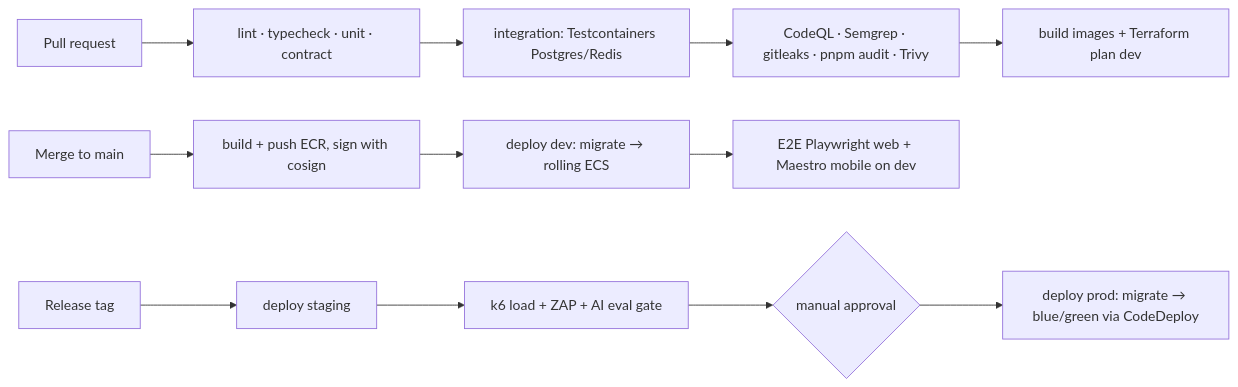
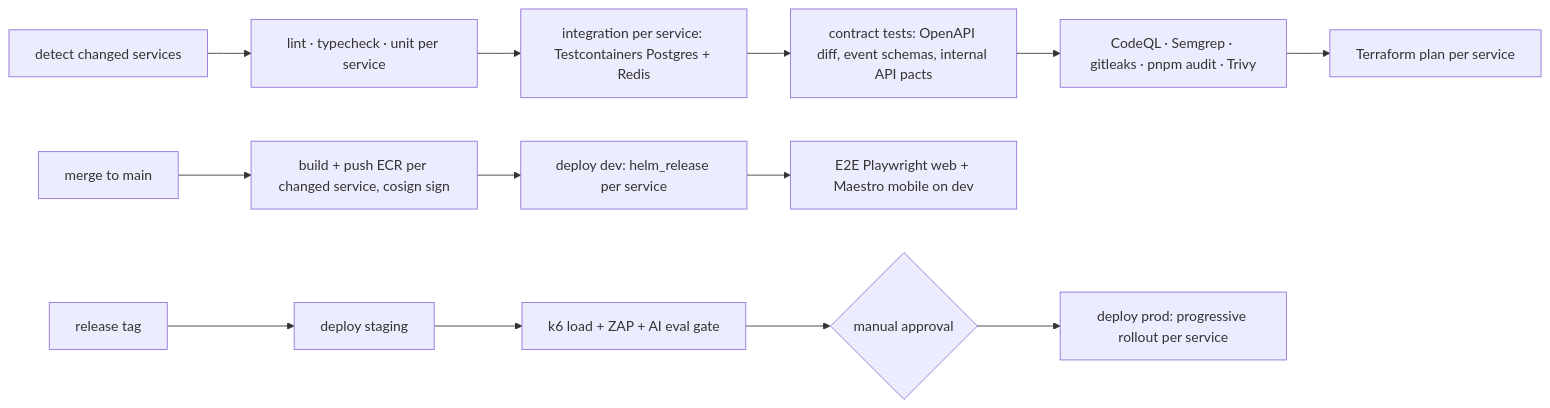
The second of 2 diagrams in docs/architecture/deployment-architecture.md (master-node1/theauracoach), drawn with Mermaid before and after one commit. The commit also changed other lines of this file and 37 other files, not shown here.

````diff
--- a/docs/architecture/deployment-architecture.md
+++ b/docs/architecture/deployment-architecture.md
@@ -46,13 +64,14 @@
 ```mermaid
 flowchart LR
-  pr[Pull request] --> q[lint · typecheck · unit · contract]
-  q --> it[integration: Testcontainers Postgres/Redis]
-  it --> sec[CodeQL · Semgrep · gitleaks · pnpm audit · Trivy]
-  sec --> prev[build images + Terraform plan dev]
-  main[Merge to main] --> bd[build + push ECR, sign with cosign]
-  bd --> dd[deploy dev: migrate → rolling ECS]
+  ch[detect changed services] --> q[lint · typecheck · unit per service]
+  q --> it[integration per service: Testcontainers Postgres + Redis]
+  it --> ct[contract tests: OpenAPI diff, event schemas, internal API pacts]
+  ct --> sec[CodeQL · Semgrep · gitleaks · pnpm audit · Trivy]
+  sec --> plan[Terraform plan per service]
+  main[merge to main] --> bp[build + push ECR per changed service, cosign sign]
+  bp --> dd[deploy dev: helm_release per service]
   dd --> e2e[E2E Playwright web + Maestro mobile on dev]
-  tag[Release tag] --> st[deploy staging] --> ld[k6 load + ZAP + AI eval gate]
+  tag[release tag] --> st[deploy staging] --> ld[k6 load + ZAP + AI eval gate]
   ld --> appr{manual approval}
-  appr --> pd[deploy prod: migrate → blue/green via CodeDeploy]
+  appr --> pd[deploy prod: progressive rollout per service]
 ```
````
